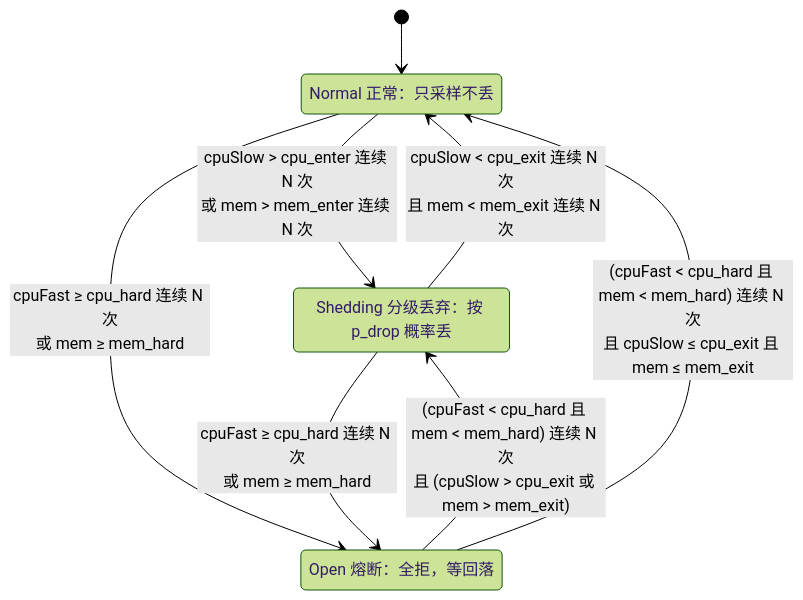
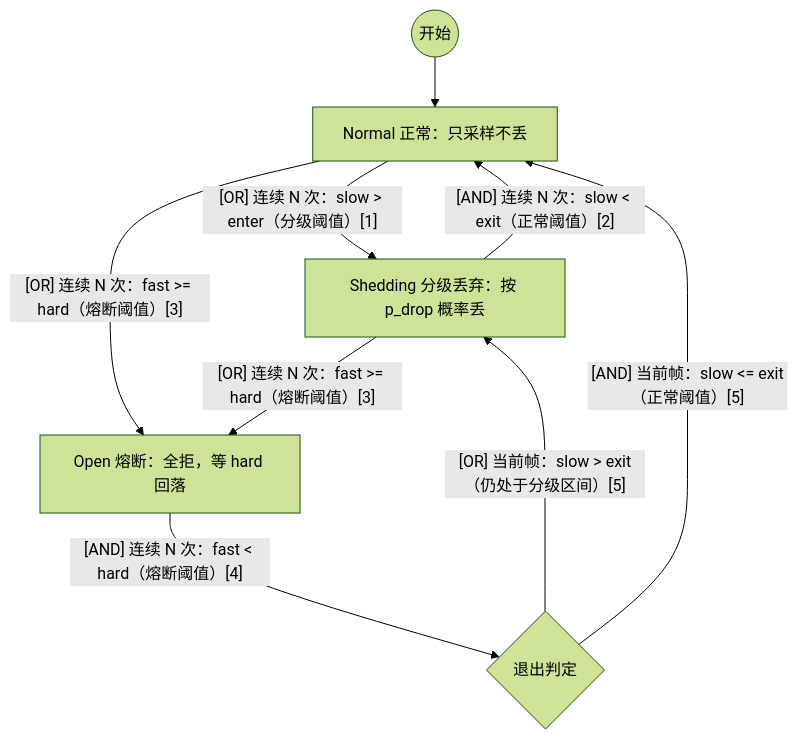
One commit to ZhuoZhuoCrayon/ai-workspace changed the second of 4 diagrams in knowledge/bkmonitor-datalink/issues/2026-06-10-collector-adaptive-throttling/PLAN.md. Above: the diagram before and after it, drawn with Mermaid (forest theme). The commit also changed other lines of this file, not shown here.

````diff
--- a/knowledge/bkmonitor-datalink/issues/2026-06-10-collector-adaptive-throttling/PLAN.md
+++ b/knowledge/bkmonitor-datalink/issues/2026-06-10-collector-adaptive-throttling/PLAN.md
@@ -115,13 +124,11 @@
 ```mermaid
-stateDiagram-v2
-    state "Normal 正常：只采样不丢" as Normal
-    state "Shedding 分级丢弃：按 p_drop 概率丢" as Shedding
-    state "Open 熔断：全拒，等回落" as Open
-    [*] --> Normal
-    Normal --> Shedding: cpuSlow > cpu_enter 连续 N 次<br />或 mem > mem_enter 连续 N 次
-    Shedding --> Normal: cpuSlow < cpu_exit 连续 N 次<br />且 mem < mem_exit 连续 N 次
-    Normal --> Open: cpuFast ≥ cpu_hard 连续 N 次<br />或 mem ≥ mem_hard
-    Shedding --> Open: cpuFast ≥ cpu_hard 连续 N 次<br />或 mem ≥ mem_hard
-    Open --> Shedding: (cpuFast < cpu_hard 且 mem < mem_hard) 连续 N 次<br />且 (cpuSlow > cpu_exit 或 mem > mem_exit)
-    Open --> Normal: (cpuFast < cpu_hard 且 mem < mem_hard) 连续 N 次<br />且 cpuSlow ≤ cpu_exit 且 mem ≤ mem_exit
+flowchart TD
+    Start((开始)) --> Normal["Normal 正常：只采样不丢"]
+    Normal -- "[OR] 连续 N 次：slow > enter（分级阈值）[1]" --> Shedding["Shedding 分级丢弃：按 p_drop 概率丢"]
+    Shedding -- "[AND] 连续 N 次：slow < exit（正常阈值）[2]" --> Normal
+    Normal -- "[OR] 连续 N 次：fast >= hard（熔断阈值）[3]" --> Open["Open 熔断：全拒，等 hard 回落"]
+    Shedding -- "[OR] 连续 N 次：fast >= hard（熔断阈值）[3]" --> Open
+    Open -- "[AND] 连续 N 次：fast < hard（熔断阈值）[4]" --> OpenExit{"退出判定"}
+    OpenExit -- "[OR] 当前帧：slow > exit（仍处于分级区间）[5]" --> Shedding
+    OpenExit -- "[AND] 当前帧：slow <= exit（正常阈值）[5]" --> Normal
 ```
````
